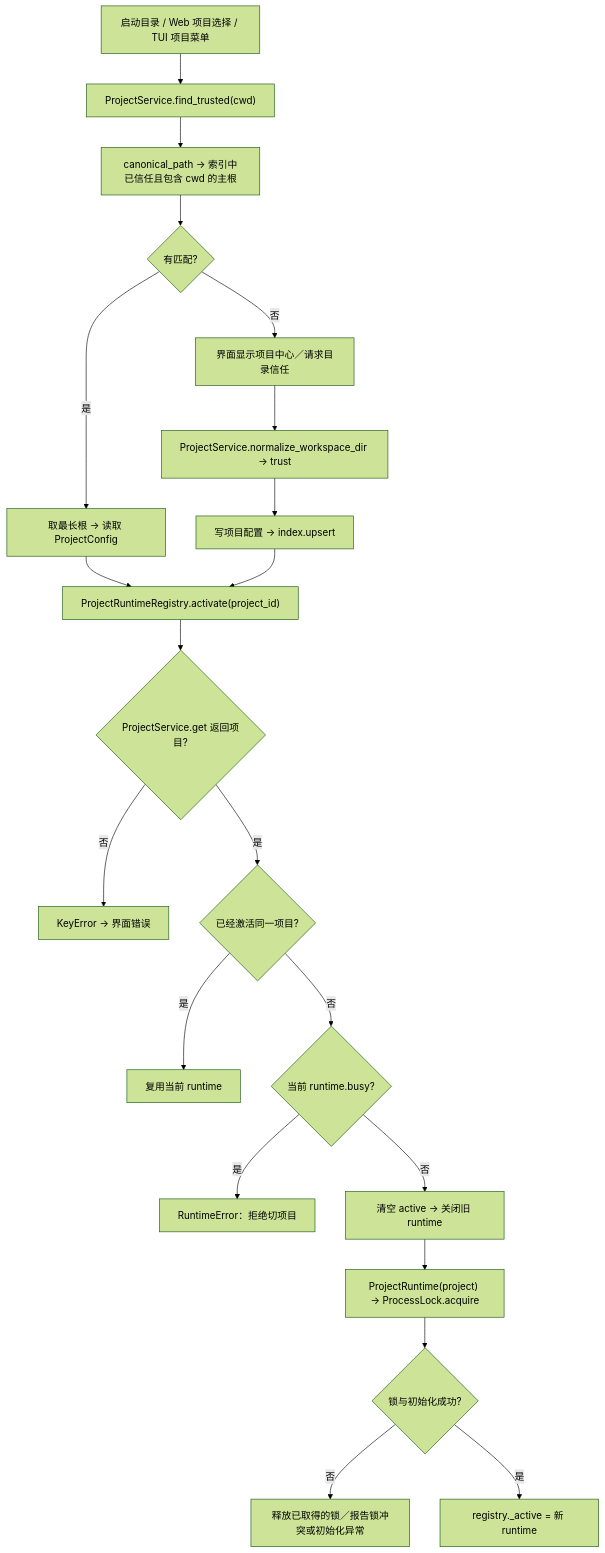
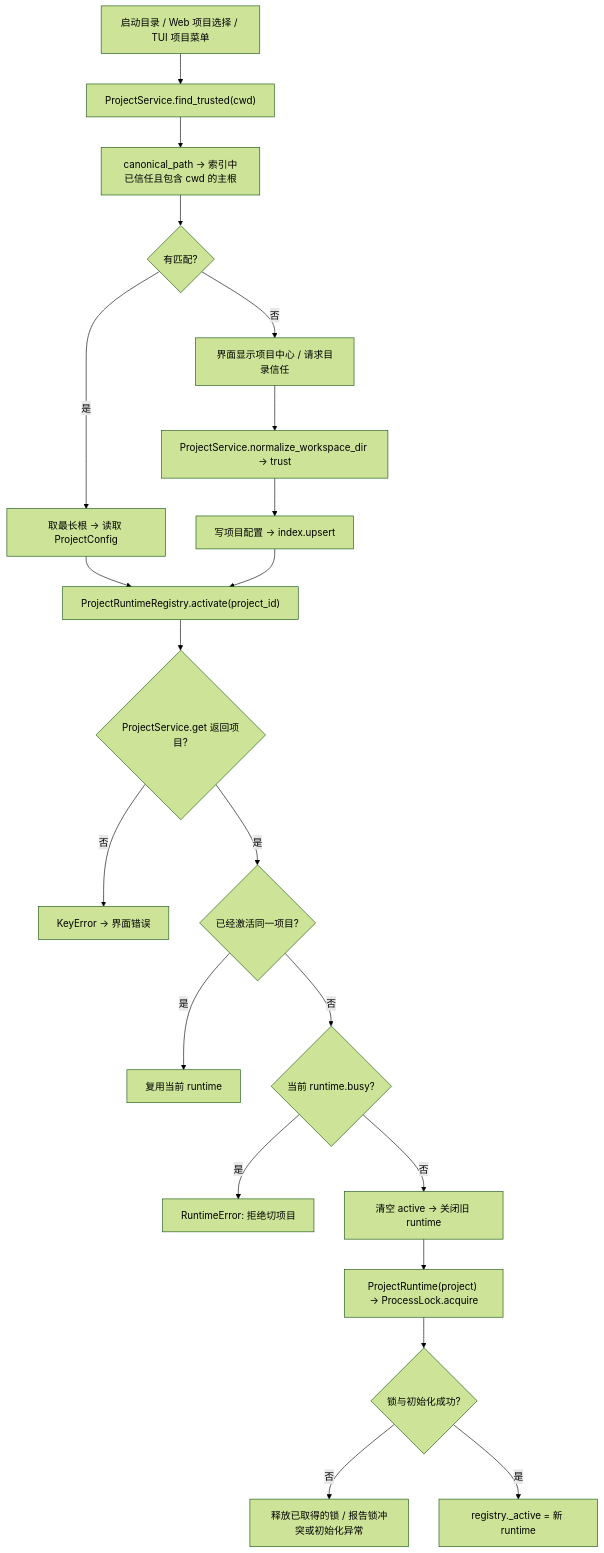
The fourth of 50 diagrams in docs/06-代码阅读线路.md (qubaolai/ForgeCLI), drawn with Mermaid (forest theme) before and after one commit. The commit also changed other lines of this file and 292 other files, not shown here.

````diff
--- a/docs/06-代码阅读线路.md
+++ b/docs/06-代码阅读线路.md
@@ -219,23 +234,23 @@
 ```mermaid
 flowchart TD
     A["启动目录 / Web 项目选择 / TUI 项目菜单"] --> B["ProjectService.find_trusted(cwd)"]
     B --> C["canonical_path → 索引中已信任且包含 cwd 的主根"]
     C --> D{"有匹配?"}
     D -->|是| E["取最长根 → 读取 ProjectConfig"]
-    D -->|否| F["界面显示项目中心／请求目录信任"]
+    D -->|否| F["界面显示项目中心 / 请求目录信任"]
     F --> G["ProjectService.normalize_workspace_dir → trust"]
     G --> H["写项目配置 → index.upsert"]
     E --> I["ProjectRuntimeRegistry.activate(project_id)"]
     H --> I
     I --> J{"ProjectService.get 返回项目?"}
     J -->|否| K["KeyError → 界面错误"]
     J -->|是| L{"已经激活同一项目?"}
     L -->|是| M["复用当前 runtime"]
     L -->|否| N{"当前 runtime.busy?"}
-    N -->|是| O["RuntimeError：拒绝切项目"]
+    N -->|是| O["RuntimeError: 拒绝切项目"]
     N -->|否| P["清空 active → 关闭旧 runtime"]
     P --> Q["ProjectRuntime(project) → ProcessLock.acquire"]
     Q --> R{"锁与初始化成功?"}
-    R -->|否| S["释放已取得的锁／报告锁冲突或初始化异常"]
+    R -->|否| S["释放已取得的锁 / 报告锁冲突或初始化异常"]
     R -->|是| T["registry._active = 新 runtime"]
 ```
````
